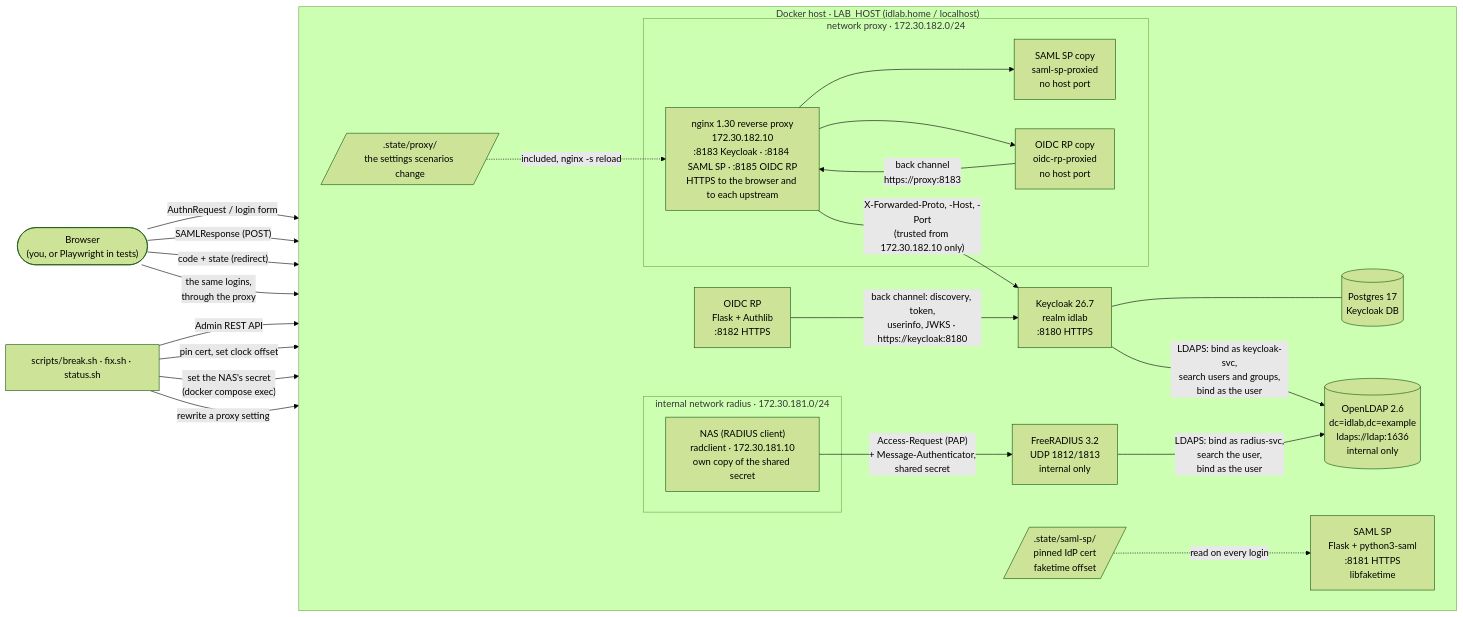
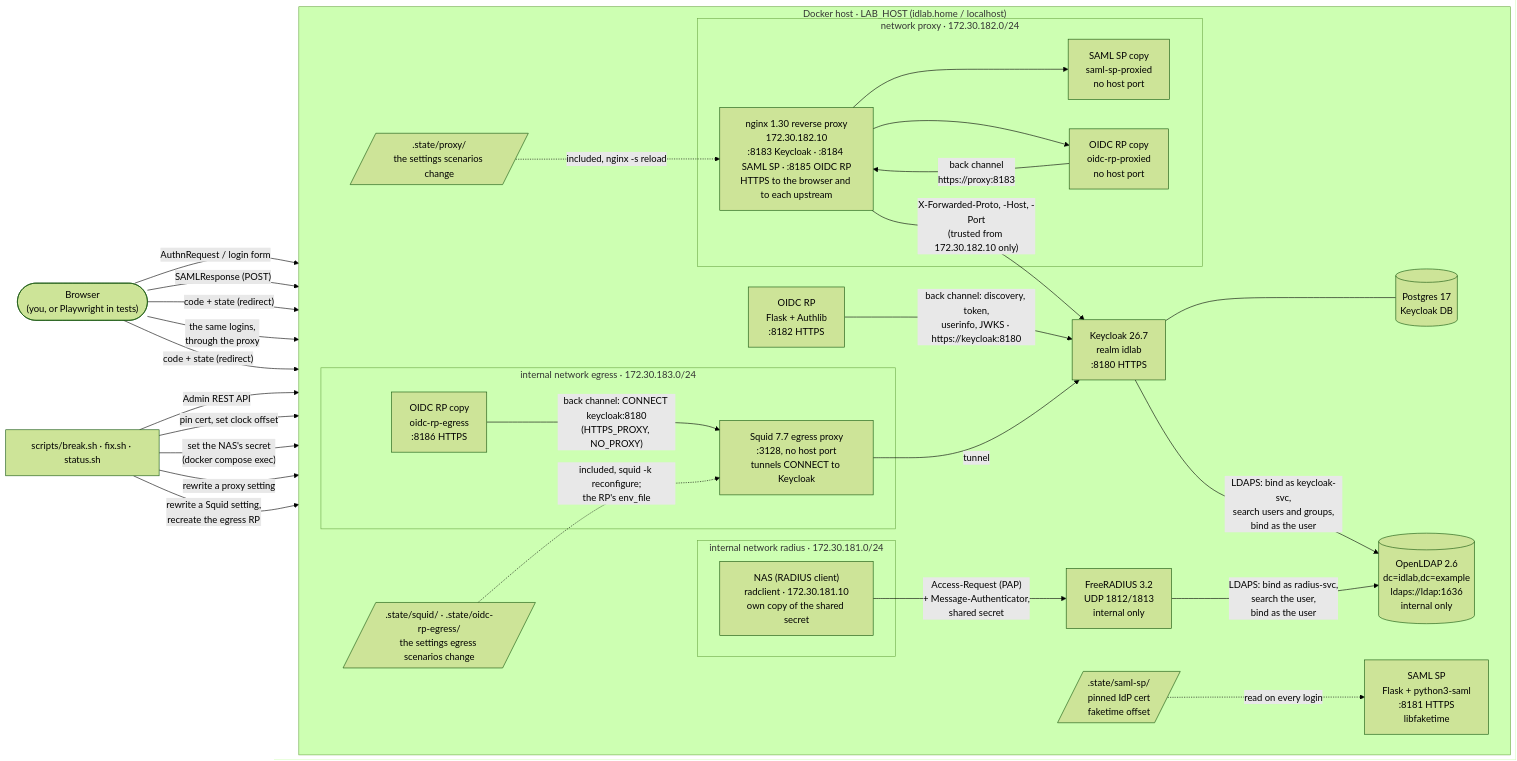
Before and after one commit to MarkHawk/identity-lab: the diagram in README.md, drawn with Mermaid (forest theme). The commit also changed other lines of this file, not shown here.

First line of the commit message:
README: the Squid egress proxy, its four scenarios and the upgrade

````diff
--- a/README.md
+++ b/README.md
@@ -23,44 +24,54 @@
 ```mermaid
 flowchart LR
     user(["Browser<br/>(you, or Playwright in tests)"])
 
     subgraph host["Docker host · LAB_HOST (idlab.home / localhost)"]
         direction LR
         kc["Keycloak 26.7<br/>realm idlab<br/>:8180 HTTPS"]
         pg[("Postgres 17<br/>Keycloak DB")]
         ldap[("OpenLDAP 2.6<br/>dc=idlab,dc=example<br/>ldaps://ldap:1636<br/>internal only")]
         sp["SAML SP<br/>Flask + python3-saml<br/>:8181 HTTPS<br/>libfaketime"]
         rp["OIDC RP<br/>Flask + Authlib<br/>:8182 HTTPS"]
         subgraph proxynet["network proxy · 172.30.182.0/24"]
             proxy["nginx 1.30 reverse proxy<br/>172.30.182.10<br/>:8183 Keycloak · :8184 SAML SP · :8185 OIDC RP<br/>HTTPS to the browser and to each upstream"]
             spp["SAML SP copy<br/>saml-sp-proxied<br/>no host port"]
             rpp["OIDC RP copy<br/>oidc-rp-proxied<br/>no host port"]
         end
         pstate[/".state/proxy/<br/>the settings scenarios change"/]
+        subgraph egressnet["internal network egress · 172.30.183.0/24"]
+            rpe["OIDC RP copy<br/>oidc-rp-egress<br/>:8186 HTTPS"]
+            squid["Squid 7.7 egress proxy<br/>:3128, no host port<br/>tunnels CONNECT to Keycloak"]
+        end
+        sstate[/".state/squid/ · .state/oidc-rp-egress/<br/>the settings egress scenarios change"/]
         pin[/".state/saml-sp/<br/>pinned IdP cert<br/>faketime offset"/]
         subgraph radnet["internal network radius · 172.30.181.0/24"]
             nas["NAS (RADIUS client)<br/>radclient · 172.30.181.10<br/>own copy of the shared secret"]
         end
         radius["FreeRADIUS 3.2<br/>UDP 1812/1813<br/>internal only"]
     end
 
     user -- "AuthnRequest / login form" --> kc
     user -- "SAMLResponse (POST)" --> sp
     user -- "code + state (redirect)" --> rp
     rp -- "back channel: discovery, token,<br/>userinfo, JWKS · https://keycloak:8180" --> kc
     user -- "the same logins,<br/>through the proxy" --> proxy
     proxy -- "X-Forwarded-Proto, -Host, -Port<br/>(trusted from 172.30.182.10 only)" --> kc
     proxy --> spp
     proxy --> rpp
     rpp -- "back channel<br/>https://proxy:8183" --> proxy
     pstate -. "included, nginx -s reload" .-> proxy
+    user -- "code + state (redirect)" --> rpe
+    rpe -- "back channel: CONNECT keycloak:8180<br/>(HTTPS_PROXY, NO_PROXY)" --> squid
+    squid -- "tunnel" --> kc
+    sstate -. "included, squid -k reconfigure;<br/>the RP's env_file" .-> squid
     kc --- pg
     kc -- "LDAPS: bind as keycloak-svc,<br/>search users and groups,<br/>bind as the user" --> ldap
     pin -. "read on every login" .-> sp
     nas -- "Access-Request (PAP)<br/>+ Message-Authenticator,<br/>shared secret" --> radius
     radius -- "LDAPS: bind as radius-svc,<br/>search the user,<br/>bind as the user" --> ldap
     scripts["scripts/break.sh · fix.sh · status.sh"] -- "Admin REST API" --> kc
     scripts -- "pin cert, set clock offset" --> pin
     scripts -- "set the NAS's secret<br/>(docker compose exec)" --> nas
     scripts -- "rewrite a proxy setting" --> pstate
+    scripts -- "rewrite a Squid setting,<br/>recreate the egress RP" --> sstate
 ```
````
